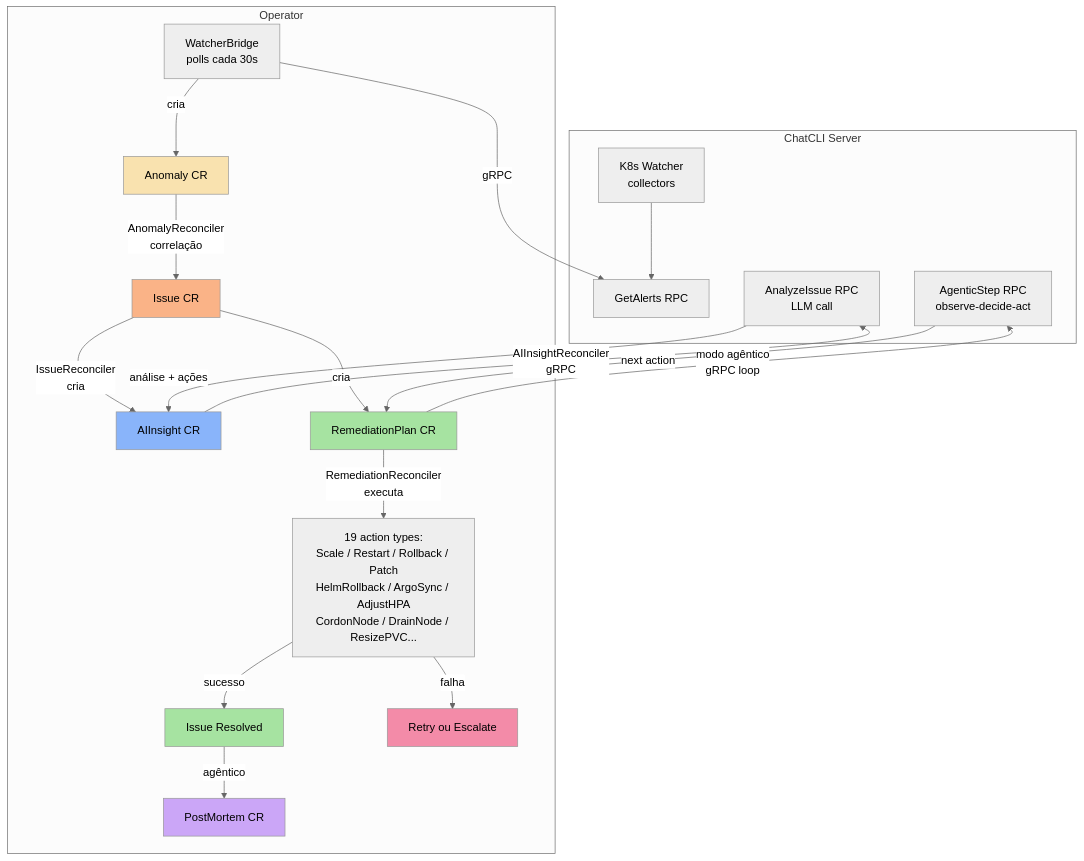
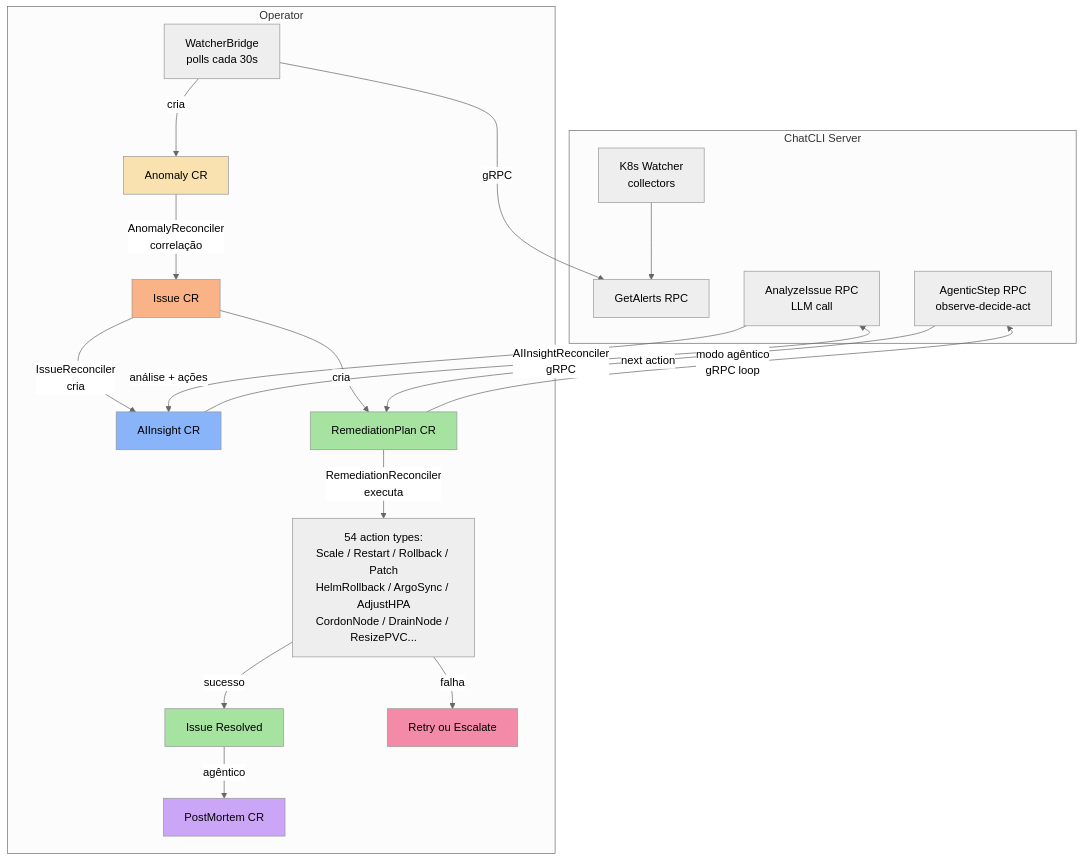
Before and after one commit to diillson/chatcli.ai: the first of 3 diagrams in features/k8s-operator.mdx, drawn with Mermaid (neutral theme). The commit also changed other lines of this file and 5 other files, not shown here.

First line of the commit message:
docs: expand AIOps documentation for 54 remediation actions across all workload types

````diff
--- a/features/k8s-operator.mdx
+++ b/features/k8s-operator.mdx
@@ -137,32 +137,32 @@
 ```mermaid
 graph TD
     subgraph "ChatCLI Server"
         W[K8s Watcher<br/>collectors] --> GA[GetAlerts RPC]
         AI_RPC[AnalyzeIssue RPC<br/>LLM call]
         AG_RPC[AgenticStep RPC<br/>observe-decide-act]
     end
 
     subgraph "Operator"
         WB[WatcherBridge<br/>polls cada 30s] -->|gRPC| GA
         WB -->|cria| ANOM[Anomaly CR]
         ANOM -->|AnomalyReconciler<br/>correlação| ISS[Issue CR]
         ISS -->|IssueReconciler<br/>cria| INSIGHT[AIInsight CR]
         INSIGHT -->|AIInsightReconciler<br/>gRPC| AI_RPC
         AI_RPC -->|análise + ações| INSIGHT
         ISS -->|cria| PLAN[RemediationPlan CR]
-        PLAN -->|RemediationReconciler<br/>executa| ACTIONS[19 action types:<br/>Scale / Restart / Rollback / Patch<br/>HelmRollback / ArgoSync / AdjustHPA<br/>CordonNode / DrainNode / ResizePVC...]
+        PLAN -->|RemediationReconciler<br/>executa| ACTIONS[54 action types:<br/>Scale / Restart / Rollback / Patch<br/>HelmRollback / ArgoSync / AdjustHPA<br/>CordonNode / DrainNode / ResizePVC...]
         PLAN -->|modo agêntico<br/>gRPC loop| AG_RPC
         AG_RPC -->|next action| PLAN
         ACTIONS -->|sucesso| RESOLVED[Issue Resolved]
         ACTIONS -->|falha| RETRY[Retry ou Escalate]
         RESOLVED -->|agêntico| PM[PostMortem CR]
     end
 
     style ANOM fill:#f9e2af,color:#000
     style ISS fill:#fab387,color:#000
     style INSIGHT fill:#89b4fa,color:#000
     style PLAN fill:#a6e3a1,color:#000
     style RESOLVED fill:#a6e3a1,color:#000
     style RETRY fill:#f38ba8,color:#000
     style PM fill:#cba6f7,color:#000
 ```
````
